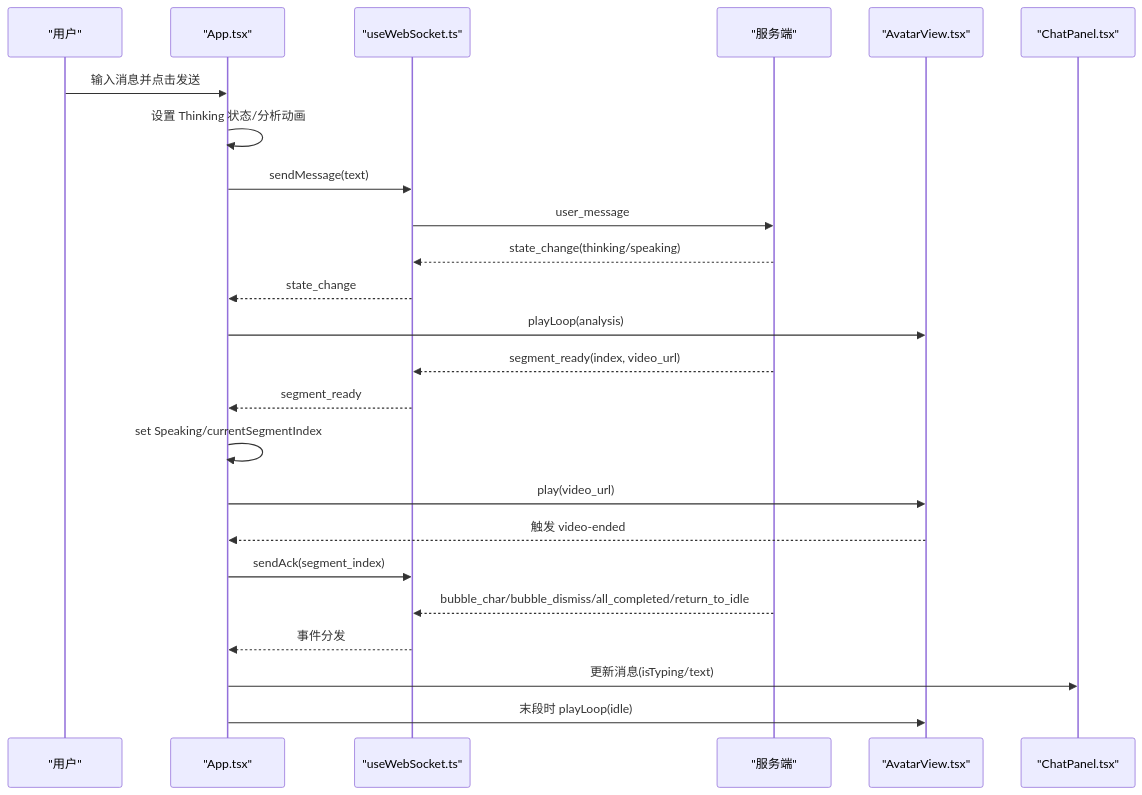
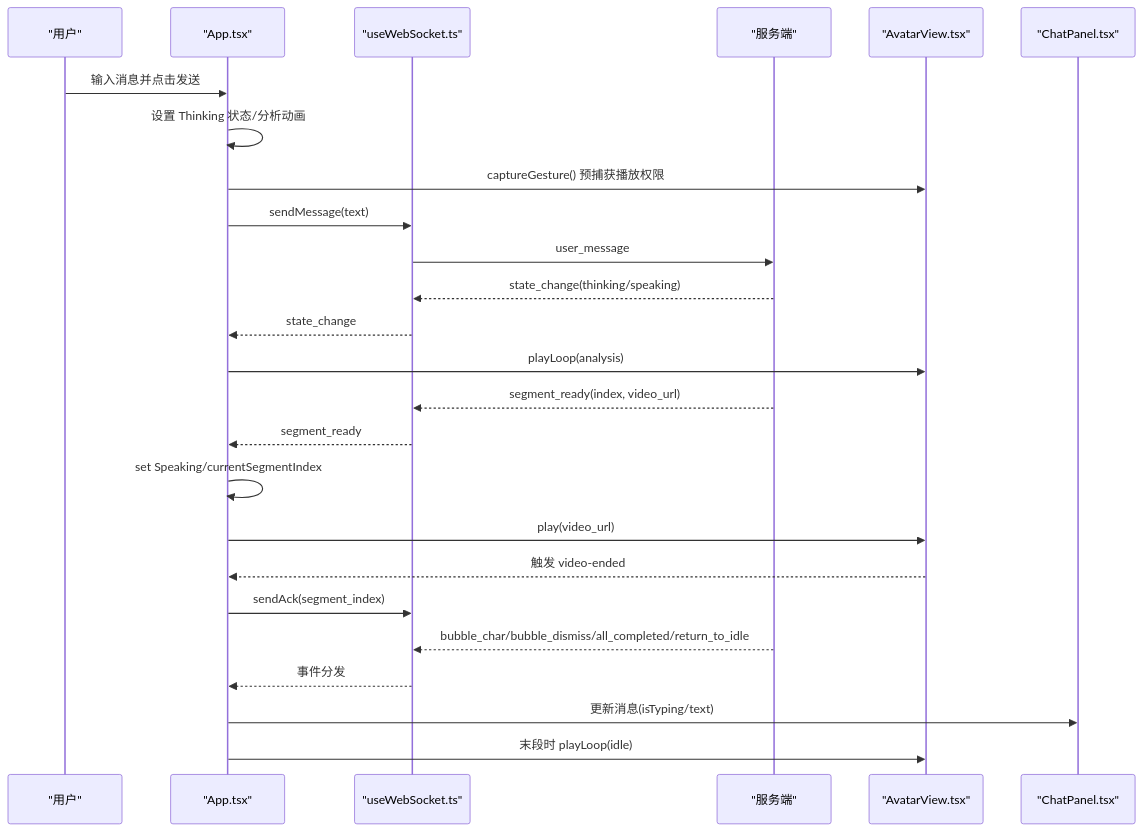
One commit to leo21cn/real-time-talk changed the second of 7 diagrams in .qoder/repowiki/zh/content/前端应用/前端应用.md. Above: the diagram before and after it, drawn with Mermaid. The commit also changed other lines of this file and 36 other files, not shown here.

````diff
--- a/.qoder/repowiki/zh/content/前端应用/前端应用.md
+++ b/.qoder/repowiki/zh/content/前端应用/前端应用.md
@@ -136,26 +147,27 @@
 ```mermaid
 sequenceDiagram
 participant U as "用户"
 participant A as "App.tsx"
 participant WS as "useWebSocket.ts"
 participant S as "服务端"
 participant AV as "AvatarView.tsx"
 participant CP as "ChatPanel.tsx"
 U->>A : 输入消息并点击发送
 A->>A : 设置 Thinking 状态/分析动画
+A->>AV : captureGesture() 预捕获播放权限
 A->>WS : sendMessage(text)
 WS->>S : user_message
 S-->>WS : state_change(thinking/speaking)
 WS-->>A : state_change
 A->>AV : playLoop(analysis)
 S-->>WS : segment_ready(index, video_url)
 WS-->>A : segment_ready
 A->>A : set Speaking/currentSegmentIndex
 A->>AV : play(video_url)
 AV-->>A : 触发 video-ended
 A->>WS : sendAck(segment_index)
 S-->>WS : bubble_char/bubble_dismiss/all_completed/return_to_idle
 WS-->>A : 事件分发
 A->>CP : 更新消息(isTyping/text)
 A->>AV : 末段时 playLoop(idle)
 ```
````
